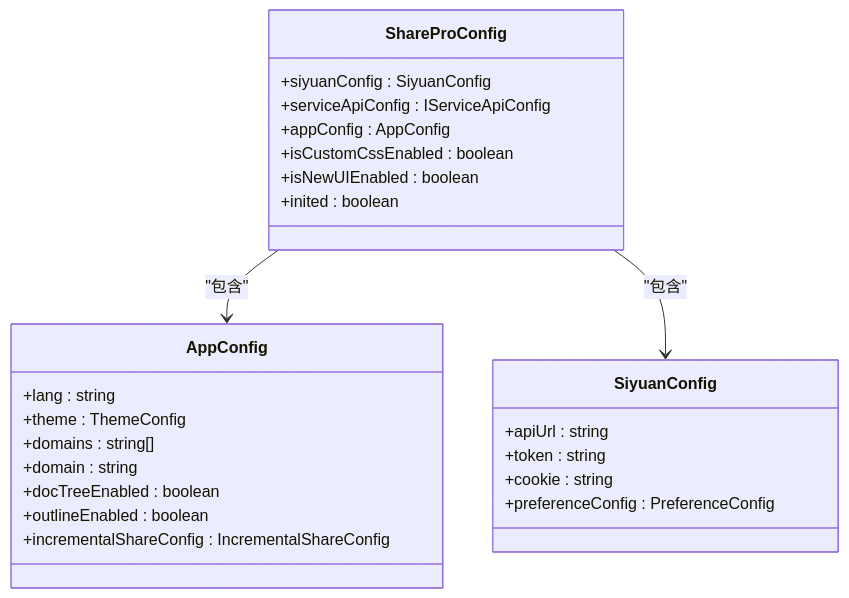
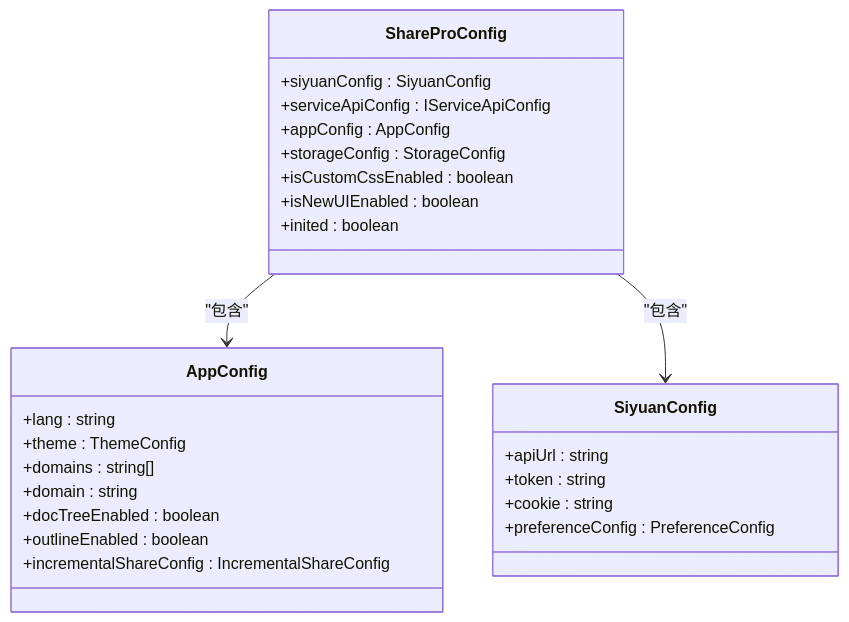
One commit to terwerinc/siyuan-plugin-share-pro changed the third of 10 diagrams in .qoder/repowiki/zh/content/核心功能/自定义存储系统.md. Above: the diagram before and after it, drawn with Mermaid. The commit also changed other lines of this file and 6 other files, not shown here.

Commit message:
docs: add storage API documentation and update dev environment config

````diff
--- a/.qoder/repowiki/zh/content/核心功能/自定义存储系统.md
+++ b/.qoder/repowiki/zh/content/核心功能/自定义存储系统.md
@@ -121,28 +146,29 @@
 ```mermaid
 classDiagram
 class ShareProConfig {
 +siyuanConfig : SiyuanConfig
 +serviceApiConfig : IServiceApiConfig
 +appConfig : AppConfig
++storageConfig : StorageConfig
 +isCustomCssEnabled : boolean
 +isNewUIEnabled : boolean
 +inited : boolean
 }
 class AppConfig {
 +lang : string
 +theme : ThemeConfig
 +domains : string[]
 +domain : string
 +docTreeEnabled : boolean
 +outlineEnabled : boolean
 +incrementalShareConfig : IncrementalShareConfig
 }
 class SiyuanConfig {
 +apiUrl : string
 +token : string
 +cookie : string
 +preferenceConfig : PreferenceConfig
 }
 ShareProConfig --> AppConfig : "包含"
 ShareProConfig --> SiyuanConfig : "包含"
 ```
````
